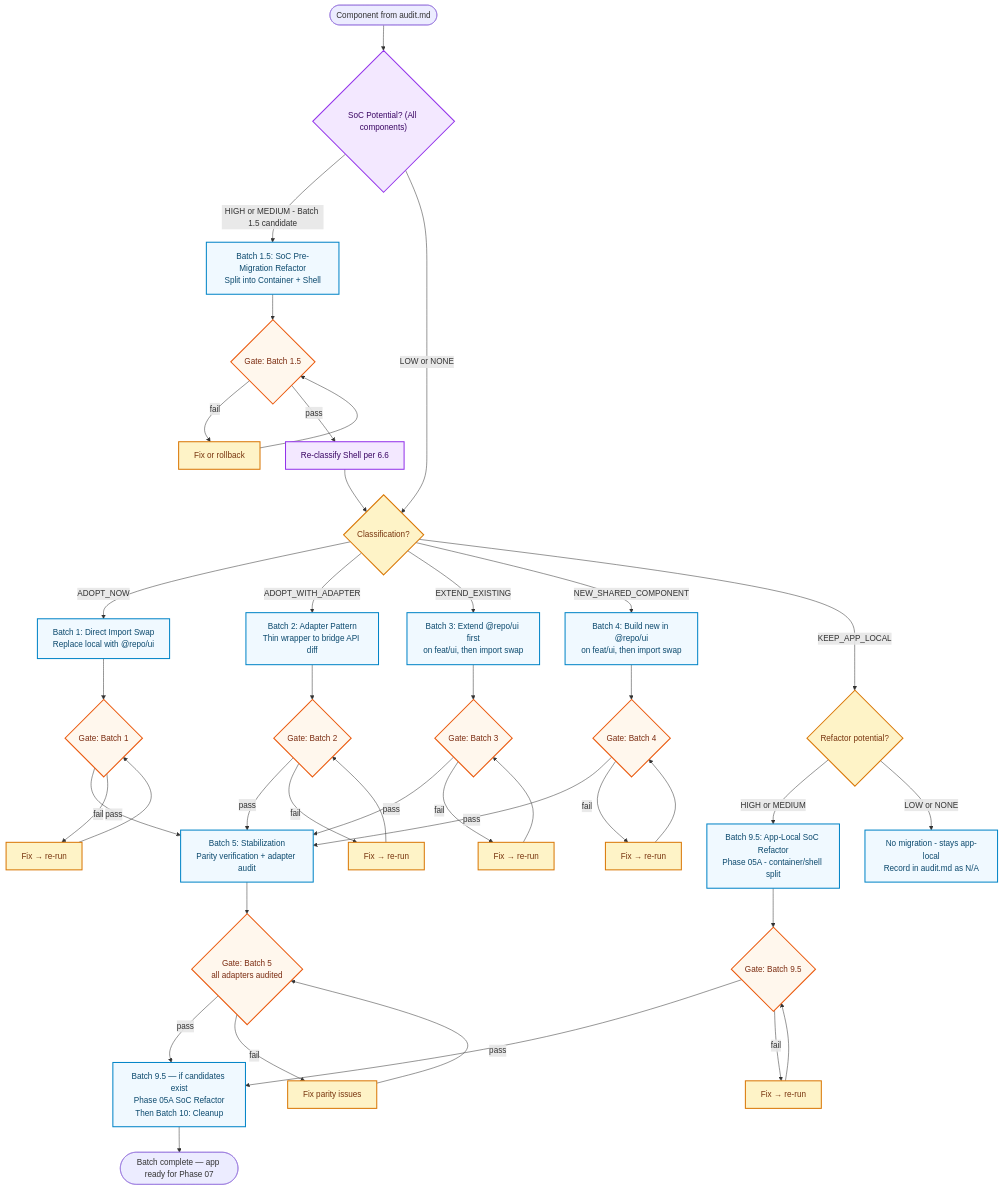
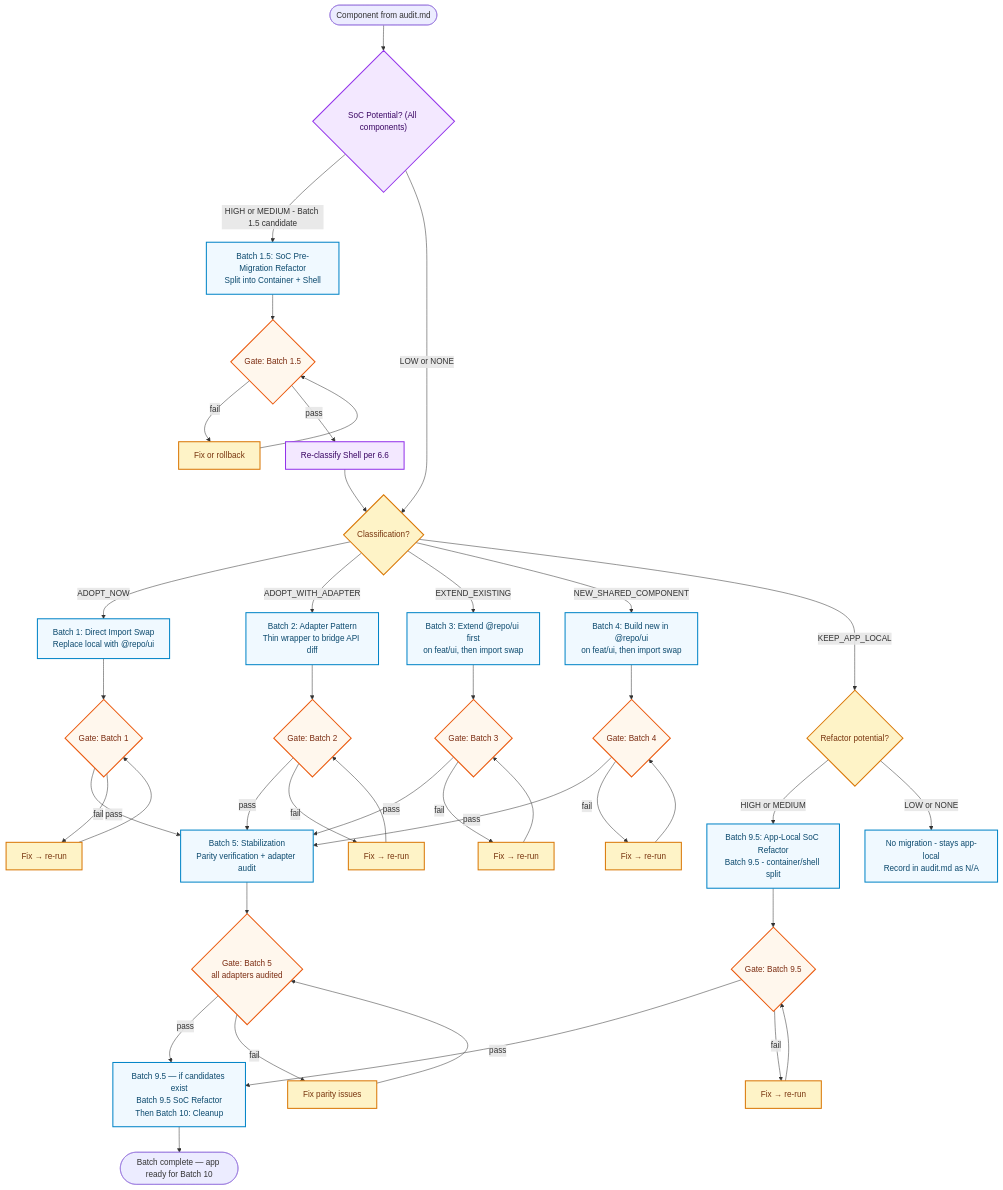
The second of 3 diagrams in apps/admin-portal/docs/migration/component/00-overview.md (mahardikakdenie/.agent-skills), drawn with Mermaid before and after one commit. The commit also changed other lines of this file and 11 other files, not shown here.

````diff
--- a/apps/admin-portal/docs/migration/component/00-overview.md
+++ b/apps/admin-portal/docs/migration/component/00-overview.md
@@ -269,50 +269,50 @@
 ```mermaid
 flowchart TD
   classDef batch fill:#f0f9ff,stroke:#0284c7,color:#0c4a6e,stroke-width:2px;
   classDef decision fill:#fef3c7,stroke:#d97706,color:#78350f,stroke-width:2px;
   classDef gate fill:#fff7ed,stroke:#ea580c,color:#7c2d12,stroke-width:2px;
 
   classDef soc fill:#f3e8ff,stroke:#9333ea,color:#3b0764,stroke-width:2px;
 
   START([Component from audit.md]) --> Q1S{"SoC Potential? (All components)"}:::soc
 
   Q1S --> |"HIGH or MEDIUM - Batch 1.5 candidate"| W15["Batch 1.5: SoC Pre-Migration Refactor<br/>Split into Container + Shell"]:::batch
   W15 --> G15{Gate: Batch 1.5}:::gate
   G15 -- fail --> F15["Fix or rollback"]:::decision --> G15
   G15 -- pass --> W15B["Re-classify Shell per 6.6"]:::soc
   W15B --> Q1
 
   Q1S --> |"LOW or NONE"| Q1{Classification?}:::decision
 
   Q1 --> |ADOPT_NOW| WA[Batch 1: Direct Import Swap<br/>Replace local with @repo/ui]:::batch
   Q1 --> |ADOPT_WITH_ADAPTER| WB[Batch 2: Adapter Pattern<br/>Thin wrapper to bridge API diff]:::batch
   Q1 --> |EXTEND_EXISTING| WC[Batch 3: Extend @repo/ui first<br/>on feat/ui, then import swap]:::batch
   Q1 --> |NEW_SHARED_COMPONENT| WD[Batch 4: Build new in @repo/ui<br/>on feat/ui, then import swap]:::batch
   Q1 --> |KEEP_APP_LOCAL| Q1K{Refactor potential?}:::decision
-  Q1K --> |HIGH or MEDIUM| WK[Batch 9.5: App-Local SoC Refactor<br/>Phase 05A - container/shell split]:::batch
+  Q1K --> |HIGH or MEDIUM| WK[Batch 9.5: App-Local SoC Refactor<br/>Batch 9.5 - container/shell split]:::batch
   Q1K --> |LOW or NONE| SKIP[No migration - stays app-local<br/>Record in audit.md as N/A]:::batch
 
   WA --> GA{Gate: Batch 1}:::gate
   WB --> GB{Gate: Batch 2}:::gate
   WC --> GC{Gate: Batch 3}:::gate
   WD --> GD{Gate: Batch 4}:::gate
 
   GA -- pass --> WE[Batch 5: Stabilization<br/>Parity verification + adapter audit]:::batch
   GB -- pass --> WE
   GC -- pass --> WE
   GD -- pass --> WE
 
   GA -- fail --> FA[Fix → re-run]:::decision --> GA
   GB -- fail --> FB[Fix → re-run]:::decision --> GB
   GC -- fail --> FC[Fix → re-run]:::decision --> GC
   GD -- fail --> FD[Fix → re-run]:::decision --> GD
 
   WE --> GE{Gate: Batch 5<br/>all adapters audited}:::gate
-  GE -- pass --> WF[Batch 9.5 — if candidates exist<br/>Phase 05A SoC Refactor<br/>Then Batch 10: Cleanup]:::batch
+  GE -- pass --> WF[Batch 9.5 — if candidates exist<br/>Batch 9.5 SoC Refactor<br/>Then Batch 10: Cleanup]:::batch
   WK --> GK{Gate: Batch 9.5}:::gate
   GK -- pass --> WF
   GK -- fail --> FK[Fix → re-run]:::decision --> GK
   GE -- fail --> FE[Fix parity issues]:::decision --> GE
 
-  WF --> BATCHDONE([Batch complete — app ready for Phase 07])
+  WF --> BATCHDONE([Batch complete — app ready for Batch 10])
 ```
````
